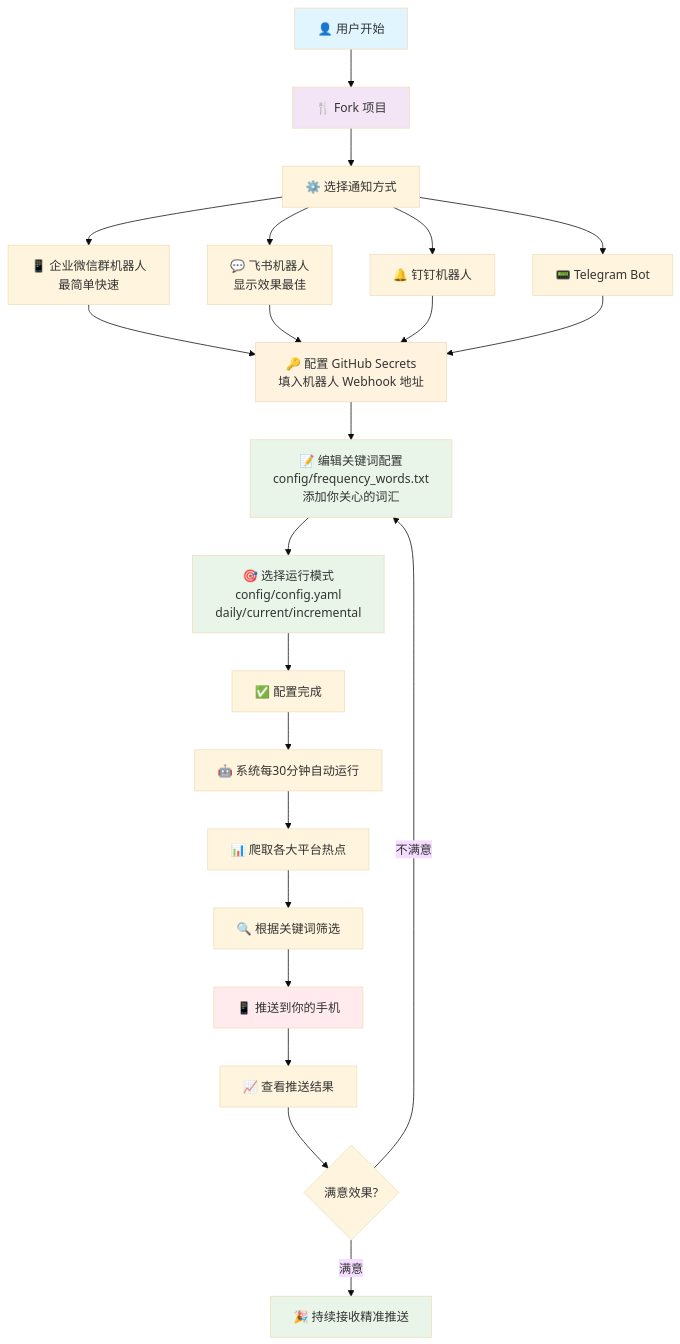
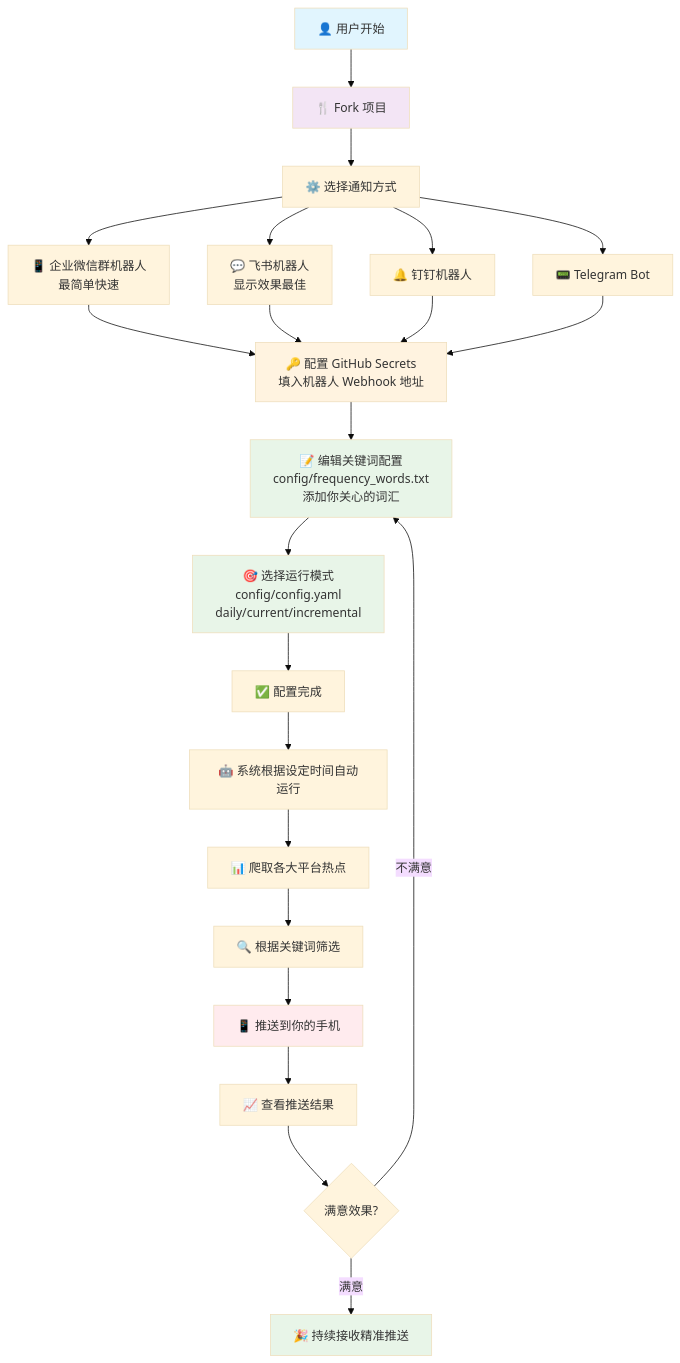
The diagram in readme.md (zzzhy11/TrendRadar), drawn with Mermaid (base theme) before and after one commit. The commit also changed other lines of this file and 2 other files, not shown here.

Commit message:
chore: 更新项目配置文件，文档以及关键词列表

````diff
--- a/readme.md
+++ b/readme.md
@@ -659,38 +659,38 @@
 ```mermaid
 flowchart TD
     A[👤 用户开始] --> B[🍴 Fork 项目]
     B --> C[⚙️ 选择通知方式]
     
     C --> D1[📱 企业微信群机器人<br/>最简单快速]
     C --> D2[💬 飞书机器人<br/>显示效果最佳]
     C --> D3[🔔 钉钉机器人<br/>]
     C --> D4[📟 Telegram Bot<br/>]
     
     D1 --> E[🔑 配置 GitHub Secrets<br/>填入机器人 Webhook 地址]
     D2 --> E
     D3 --> E  
     D4 --> E
     
     E --> F[📝 编辑关键词配置<br/>config/frequency_words.txt<br/>添加你关心的词汇]
     F --> G[🎯 选择运行模式<br/>config/config.yaml<br/>daily/current/incremental]
     
     G --> H[✅ 配置完成]
-    H --> I[🤖 系统每30分钟自动运行]
+    H --> I[🤖 系统根据设定时间自动运行]
     
     I --> J[📊 爬取各大平台热点]
     J --> K[🔍 根据关键词筛选]
     K --> L[📱 推送到你的手机]
     
     L --> M[📈 查看推送结果]
     M --> N{满意效果?}
     N -->|不满意| F
     N -->|满意| O[🎉 持续接收精准推送]
     
     style A fill:#e1f5fe
     style B fill:#f3e5f5
     style E fill:#fff3e0
     style F fill:#e8f5e8
     style G fill:#e8f5e8
     style L fill:#ffebee
     style O fill:#e8f5e8
 ```
````
